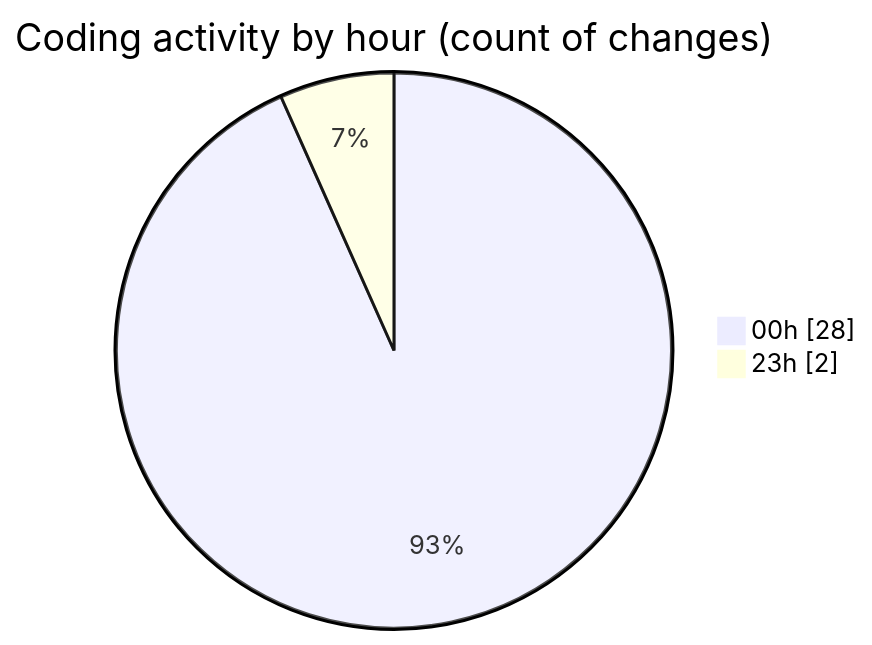
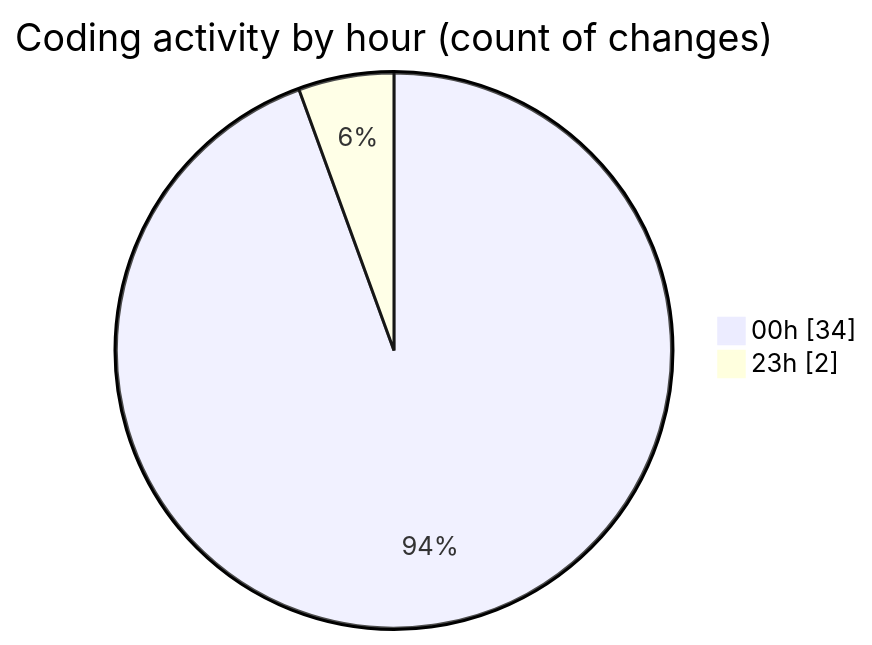
The second of 2 diagrams in 2025-10-10/eventscop-frontend-guide__workspace_/README.md (julien-gomy/code-tracking), drawn with Mermaid before and after one commit. The commit also changed other lines of this file and 1 other file, not shown here.

````diff
--- a/2025-10-10/eventscop-frontend-guide__workspace_/README.md
+++ b/2025-10-10/eventscop-frontend-guide__workspace_/README.md
@@ -29,6 +31,6 @@
 ```mermaid
 pie showData
 title Coding activity by hour (count of changes)
-"00h" : 28
+"00h" : 34
 "23h" : 2
 ```
````
